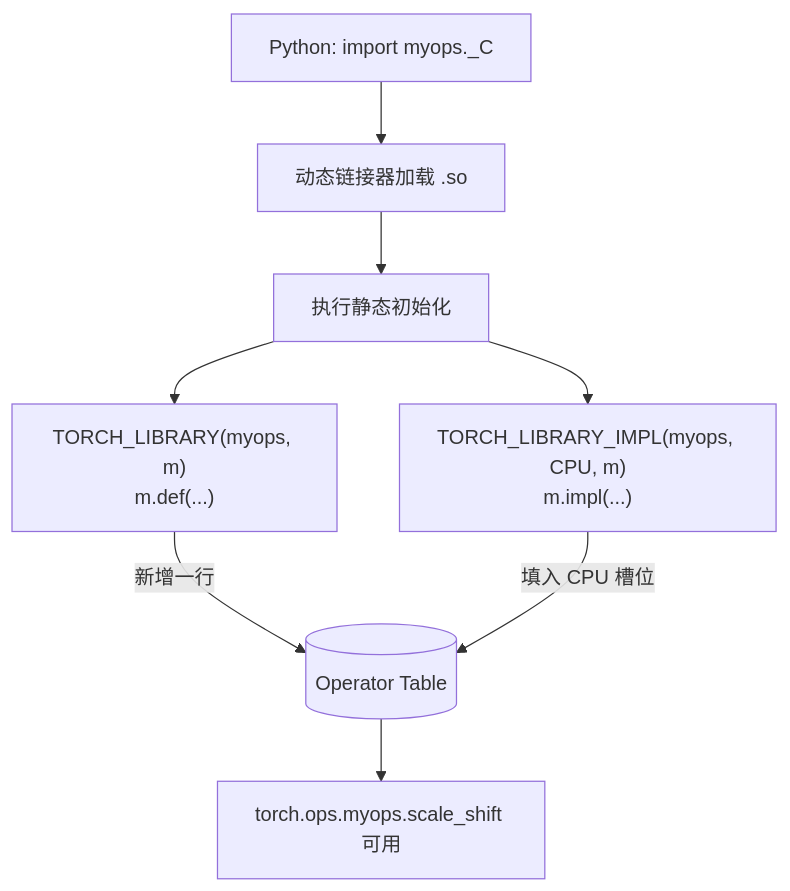
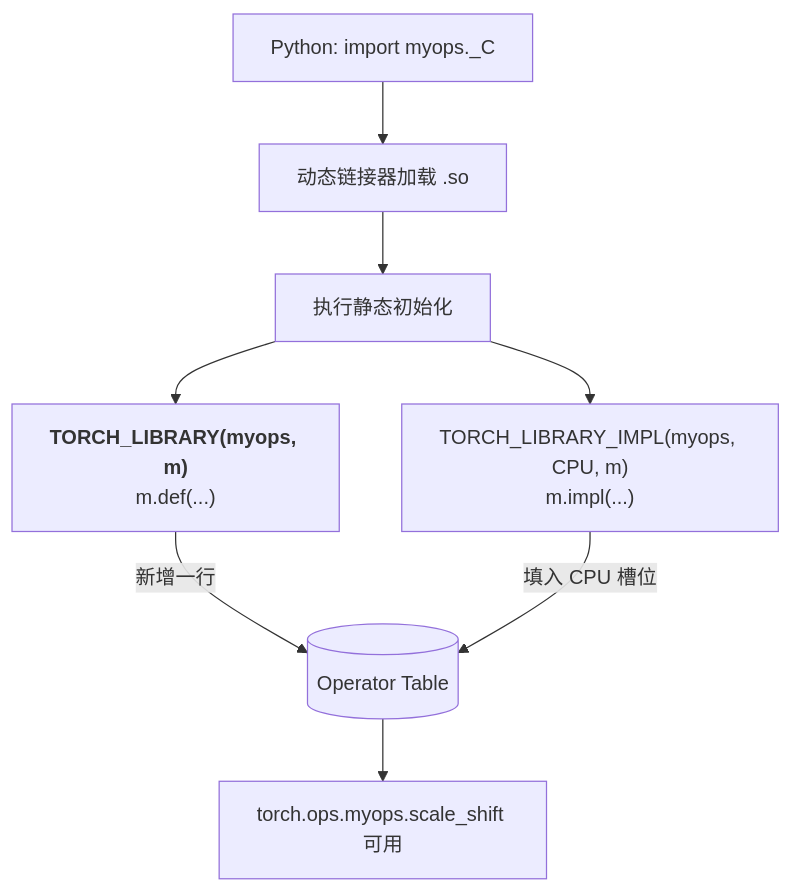
Before and after one commit to arganzheng/arganzheng.github.com: the third of 6 diagrams in _posts/2026-02-22-pytorch-cpp-extension-and-custom-operators.md, drawn with Mermaid. The commit also changed other lines of this file and 10 other files, not shown here.

First line of the commit message:
PyTorch 深度实践：从 Tensor 到深度学习运行时：Mermaid 多行方框的首行标为标题（11 篇）

````diff
--- a/_posts/2026-02-22-pytorch-cpp-extension-and-custom-operators.md
+++ b/_posts/2026-02-22-pytorch-cpp-extension-and-custom-operators.md
@@ -317,11 +317,11 @@
 ```mermaid
 %% 图：import 触发的静态初始化链：从 .so 加载到 torch.ops 可用
 flowchart TB
     IMP["Python: import myops._C"] --> LOAD["动态链接器加载 .so"]
     LOAD --> INIT["执行静态初始化"]
-    INIT --> DEF["TORCH_LIBRARY(myops, m)<br/>m.def(...)"]
+    INIT --> DEF["<b>TORCH_LIBRARY(myops, m)</b><br/>m.def(...)"]
     INIT --> IMPL["TORCH_LIBRARY_IMPL(myops, CPU, m)<br/>m.impl(...)"]
     DEF -->|新增一行| OT[(Operator Table)]
     IMPL -->|填入 CPU 槽位| OT
     OT --> USE["torch.ops.myops.scale_shift 可用"]
 ```
````
